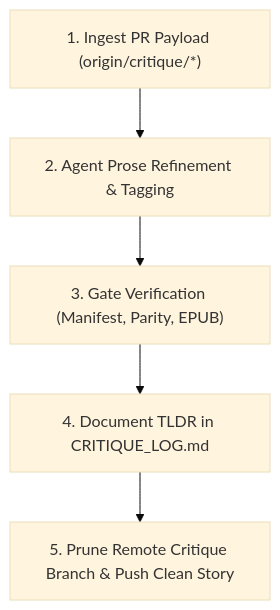
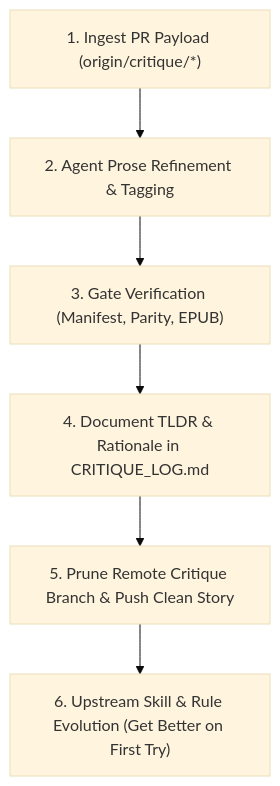
Before and after one commit to ldstrebel/dnd-scribe: the diagram in .agents/skills/critique-pipeline/SKILL.md, drawn with Mermaid (base theme). The commit also changed other lines of this file and 4 other files, not shown here.

````diff
--- a/.agents/skills/critique-pipeline/SKILL.md
+++ b/.agents/skills/critique-pipeline/SKILL.md
@@ -14,7 +14,8 @@
 ```mermaid
 graph TD
     A["1. Ingest PR Payload (origin/critique/*)"] --> B["2. Agent Prose Refinement & Tagging"]
     B --> C["3. Gate Verification (Manifest, Parity, EPUB)"]
-    C --> D["4. Document TLDR in CRITIQUE_LOG.md"]
+    C --> D["4. Document TLDR & Rationale in CRITIQUE_LOG.md"]
     D --> E["5. Prune Remote Critique Branch & Push Clean Story"]
+    E --> F["6. Upstream Skill & Rule Evolution (Get Better on First Try)"]
 ```
````
